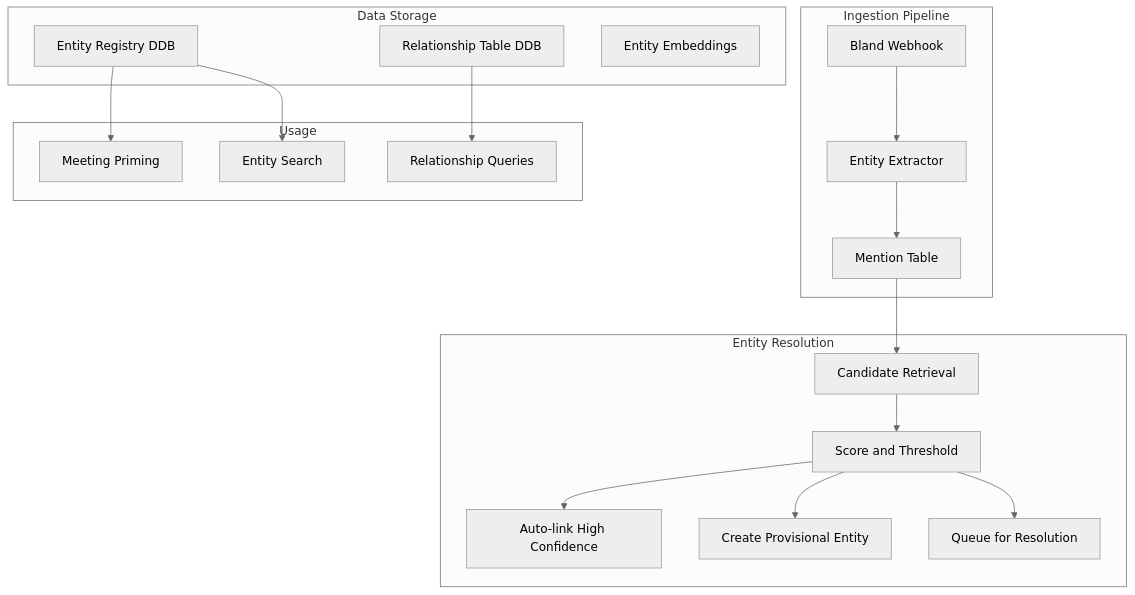
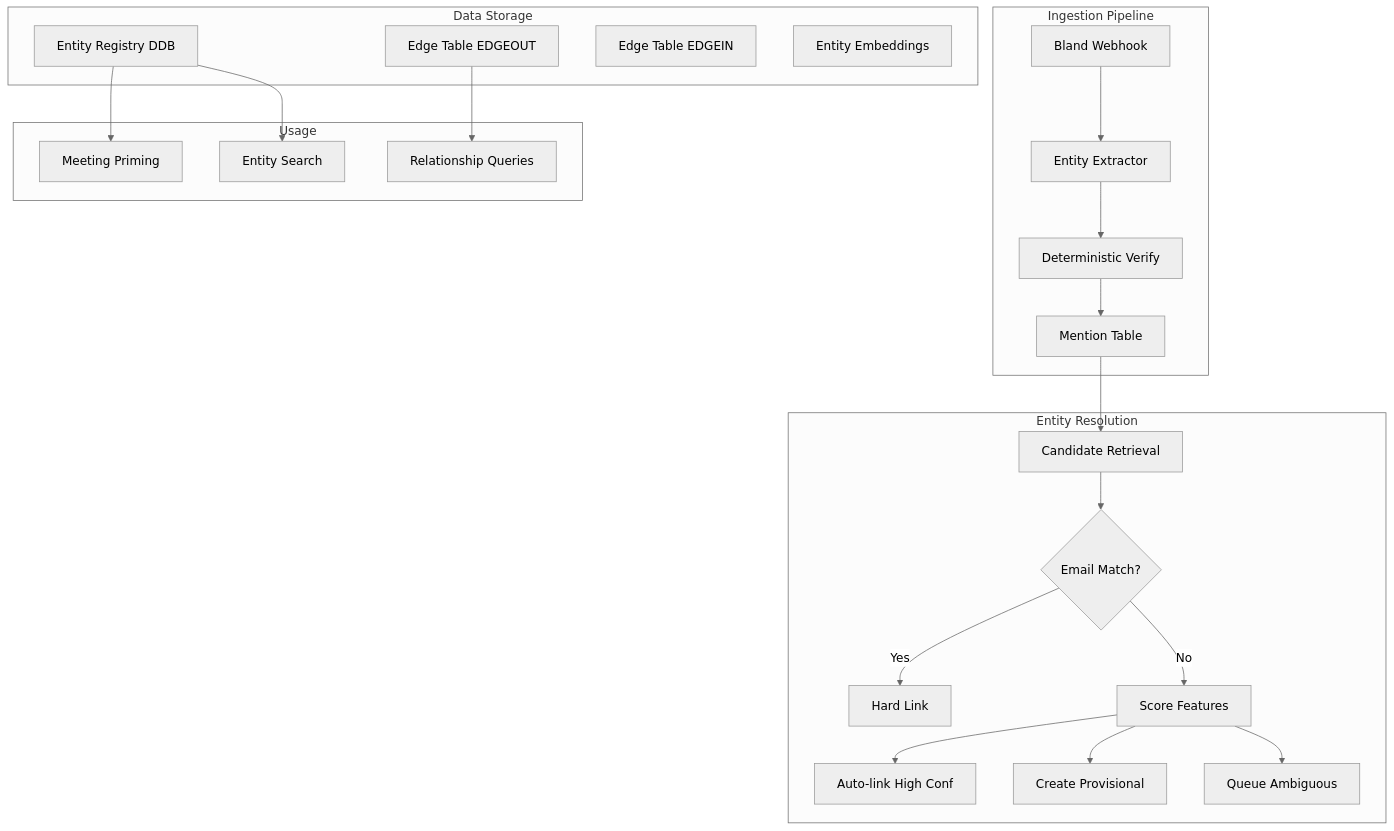
The diagram in PLAN-SLICE3.md (OllieNilsen/kairos), drawn with Mermaid (neutral theme) before and after one commit. The commit also changed other lines of this file, not shown here.

Commit message:
harden evidence logic for knowledge graph

````diff
--- a/PLAN-SLICE3.md
+++ b/PLAN-SLICE3.md
@@ -9,27 +9,31 @@
 ```mermaid
 flowchart TB
     subgraph ingestion [Ingestion Pipeline]
         Webhook[Bland Webhook] --> Extract[Entity Extractor]
-        Extract --> Mentions[Mention Table]
+        Extract --> Verify[Deterministic Verify]
+        Verify --> Mentions[Mention Table]
     end
     
     subgraph resolution [Entity Resolution]
         Mentions --> Candidates[Candidate Retrieval]
-        Candidates --> Scoring[Score and Threshold]
-        Scoring --> AutoLink[Auto-link High Confidence]
-        Scoring --> Provisional[Create Provisional Entity]
-        Scoring --> Ambiguous[Queue for Resolution]
+        Candidates --> EmailCheck{Email Match?}
+        EmailCheck -->|Yes| HardLink[Hard Link]
+        EmailCheck -->|No| Scoring[Score Features]
+        Scoring --> AutoLink[Auto-link High Conf]
+        Scoring --> Provisional[Create Provisional]
+        Scoring --> Ambiguous[Queue Ambiguous]
     end
     
     subgraph storage [Data Storage]
         Entities[Entity Registry DDB]
-        Edges[Relationship Table DDB]
+        EdgeOut[Edge Table EDGEOUT]
+        EdgeIn[Edge Table EDGEIN]
         Vectors[Entity Embeddings]
     end
     
     subgraph usage [Usage]
         Entities --> Priming[Meeting Priming]
         Entities --> Search[Entity Search]
-        Edges --> Graph[Relationship Queries]
+        EdgeOut --> Graph[Relationship Queries]
     end
 ```
````
